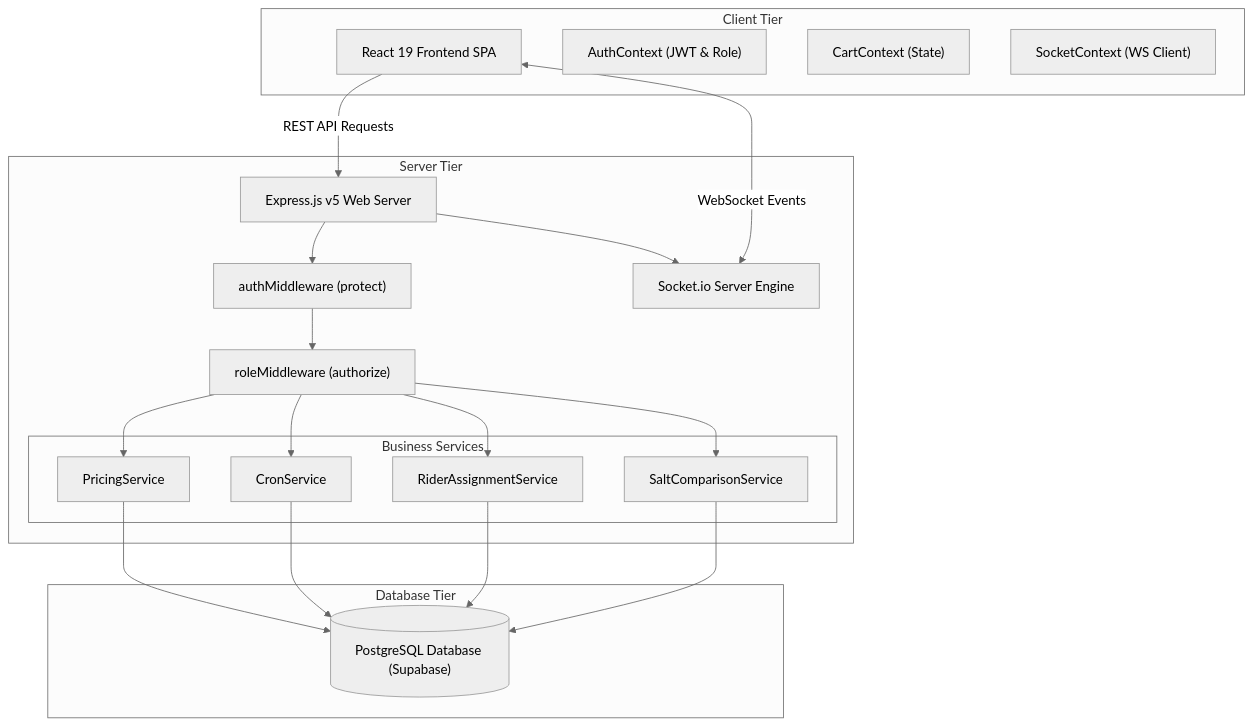
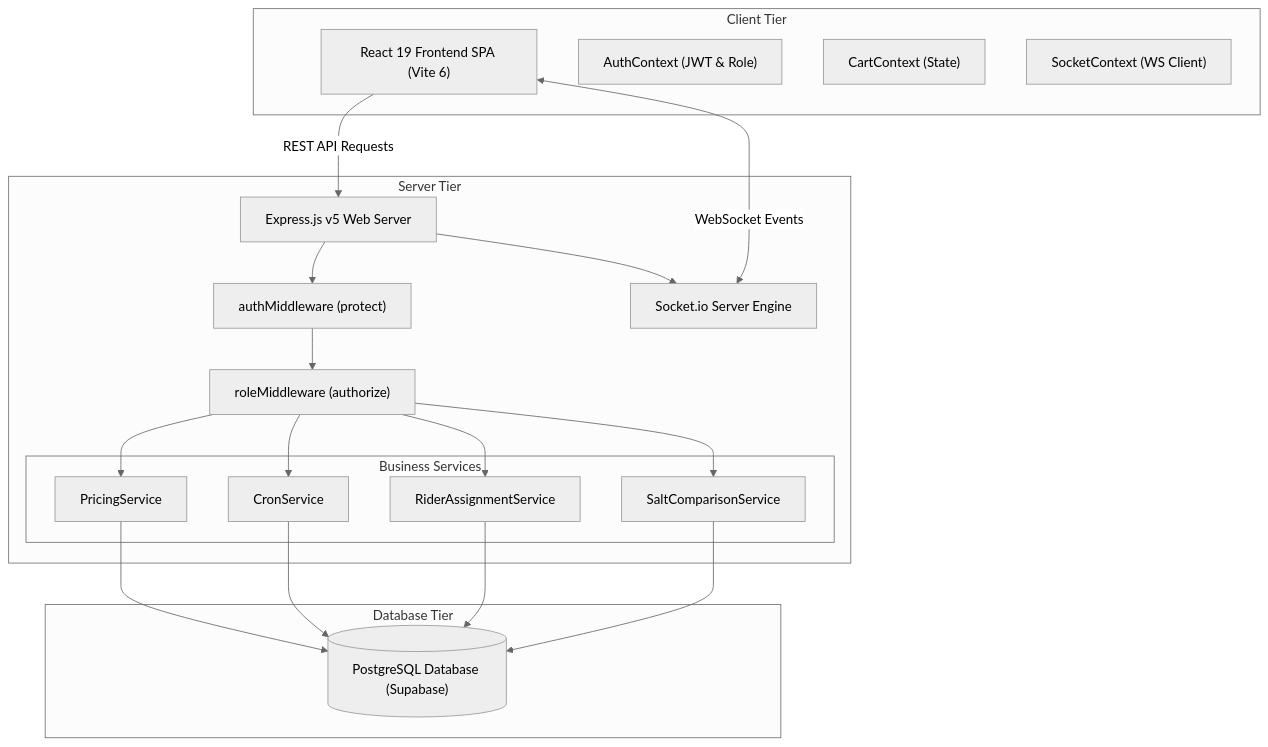
One commit to em-srs/Medifly changed the first of 5 diagrams in README.md. Above: the diagram before and after it, drawn with Mermaid (neutral theme). The commit also changed other lines of this file and 4 other files, not shown here.

````diff
--- a/README.md
+++ b/README.md
@@ -120,42 +120,42 @@
 ```mermaid
 graph TB
     subgraph Client Tier
-        UI["React 19 Frontend SPA"]
+        UI["React 19 Frontend SPA (Vite 6)"]
         AC["AuthContext (JWT & Role)"]
         CC["CartContext (State)"]
         SC["SocketContext (WS Client)"]
     end
 
     subgraph Server Tier
         EX["Express.js v5 Web Server"]
         MW_A["authMiddleware (protect)"]
         MW_R["roleMiddleware (authorize)"]
         
         subgraph Business Services
             PS["PricingService"]
             CS["CronService"]
             RAS["RiderAssignmentService"]
             SCS["SaltComparisonService"]
         end
         
         SIO["Socket.io Server Engine"]
     end
 
     subgraph Database Tier
         DB[("PostgreSQL Database (Supabase)")]
     end
 
     UI -->|REST API Requests| EX
     UI <-->|WebSocket Events| SIO
     EX --> MW_A
     MW_A --> MW_R
     MW_R --> PS
     MW_R --> CS
     MW_R --> RAS
     MW_R --> SCS
     PS --> DB
     CS --> DB
     RAS --> DB
     SCS --> DB
     EX --> SIO
 ```
````
